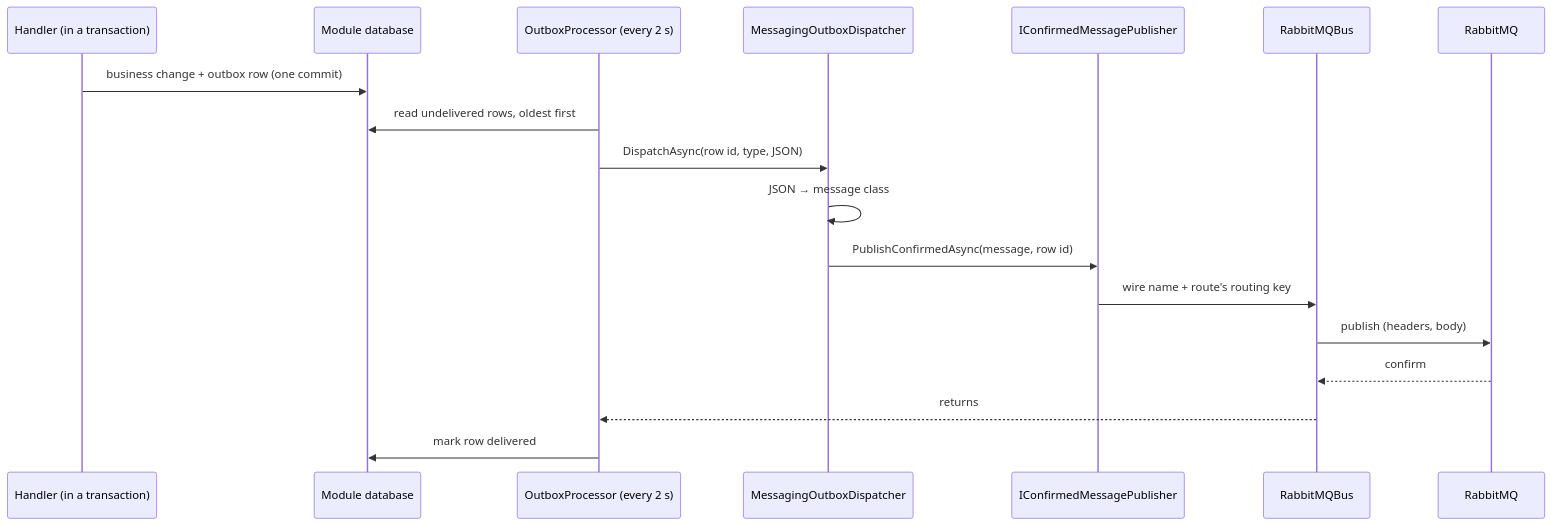
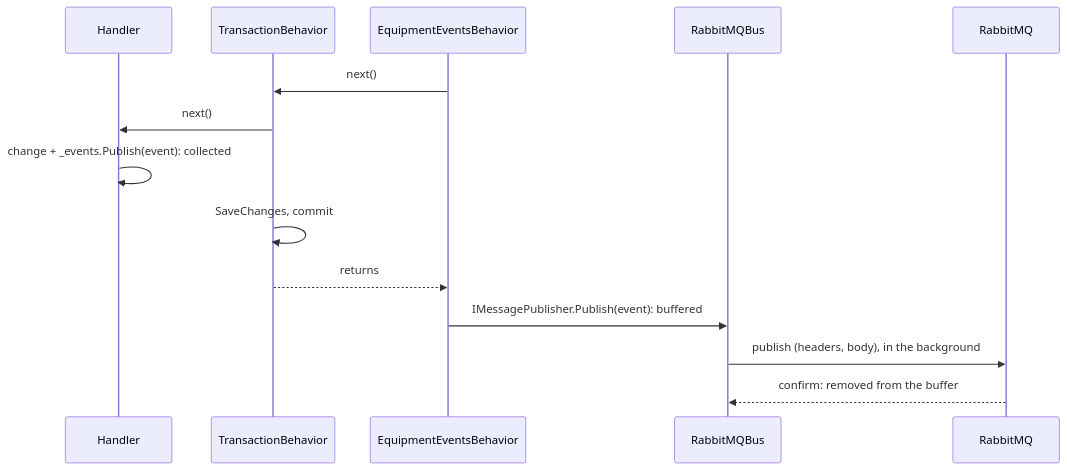
The second of 2 diagrams in tutorials/67-messaging-with-rabbitmq.md (ncowine/CleanArchitecture), drawn with Mermaid before and after one commit. The commit also changed other lines of this file and 192 other files, not shown here.

````diff
--- a/tutorials/67-messaging-with-rabbitmq.md
+++ b/tutorials/67-messaging-with-rabbitmq.md
@@ -211,20 +206,16 @@
 ```mermaid
 sequenceDiagram
-    participant H as Handler (in a transaction)
-    participant DB as Module database
-    participant P as OutboxProcessor (every 2 s)
-    participant R as MessagingOutboxDispatcher
-    participant C as IConfirmedMessagePublisher
+    participant H as Handler
+    participant T as TransactionBehavior
+    participant E as EquipmentEventsBehavior
     participant Bus as RabbitMQBus
     participant MQ as RabbitMQ
-    H->>DB: business change + outbox row (one commit)
-    P->>DB: read undelivered rows, oldest first
-    P->>R: DispatchAsync(row id, type, JSON)
-    R->>R: JSON → message class
-    R->>C: PublishConfirmedAsync(message, row id)
-    C->>Bus: wire name + route's routing key
-    Bus->>MQ: publish (headers, body)
-    MQ-->>Bus: confirm
-    Bus-->>P: returns
-    P->>DB: mark row delivered
+    E->>T: next()
+    T->>H: next()
+    H->>H: change + _events.Publish(event): collected
+    T->>T: SaveChanges, commit
+    T-->>E: returns
+    E->>Bus: IMessagePublisher.Publish(event): buffered
+    Bus->>MQ: publish (headers, body), in the background
+    MQ-->>Bus: confirm: removed from the buffer
 ```
````
